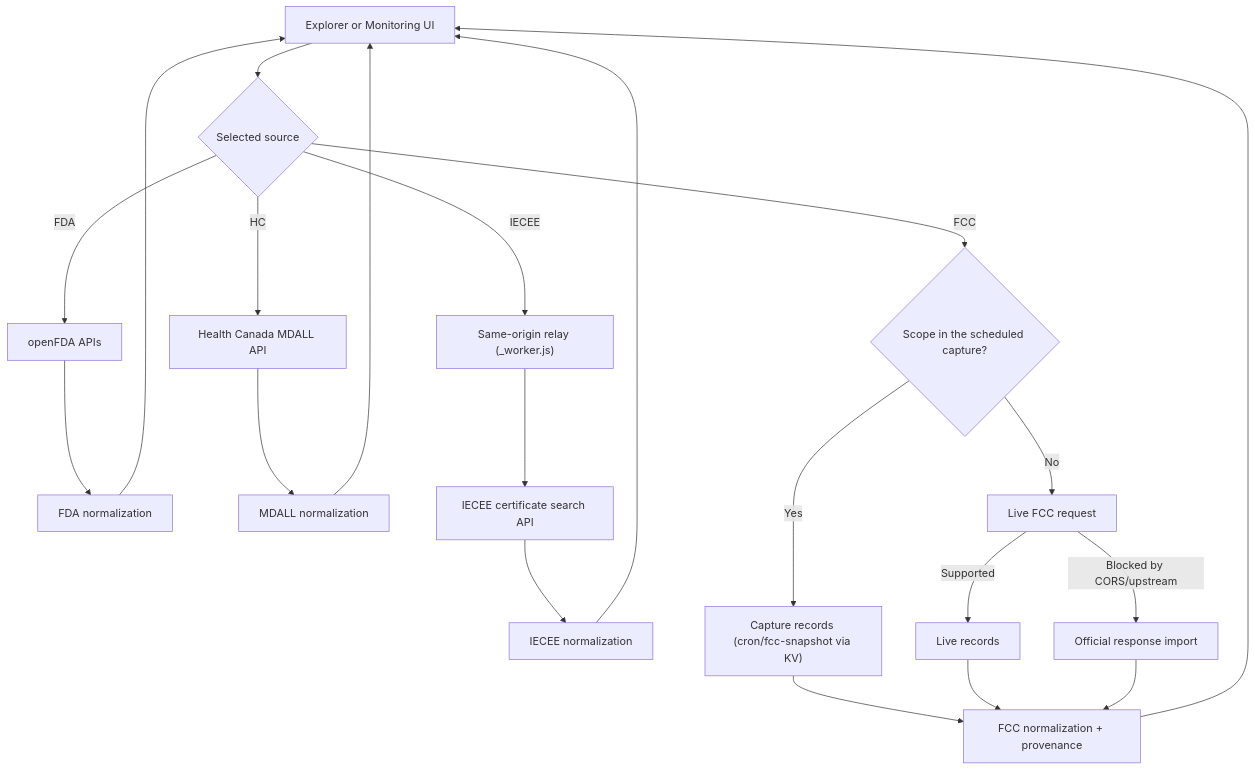
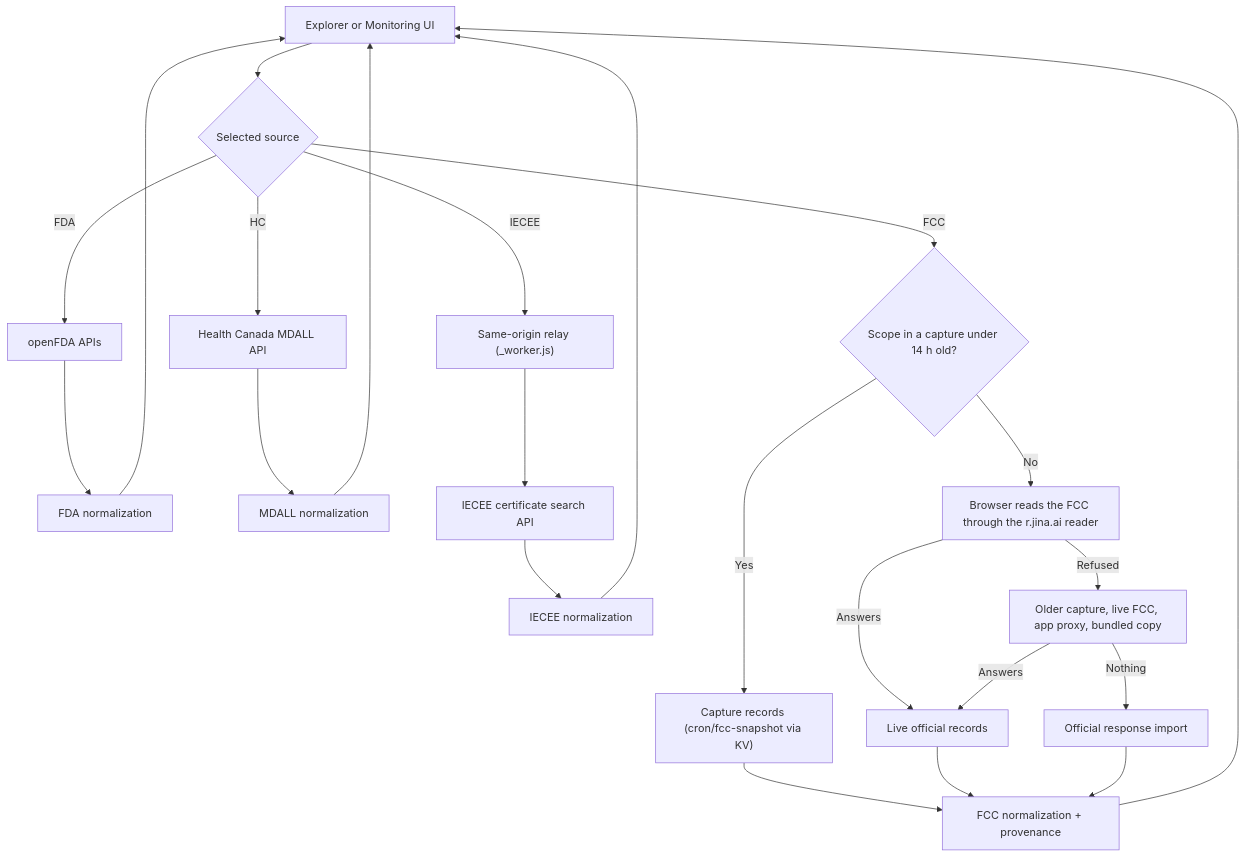
One commit to ahmedbins/fda_device changed the second of 2 diagrams in docs/ARCHITECTURE.md. Above: the diagram before and after it, drawn with Mermaid. The commit also changed other lines of this file and 5 other files, not shown here.

First line of the commit message:
Document the FCC capture fix, the browser reader fallback and recent changes

````diff
--- a/docs/ARCHITECTURE.md
+++ b/docs/ARCHITECTURE.md
@@ -61,23 +61,25 @@
 ```mermaid
 flowchart TD
   UI["Explorer or Monitoring UI"] --> S{"Selected source"}
   S -->|FDA| F["openFDA APIs"]
   F --> FN["FDA normalization"]
   S -->|HC| H["Health Canada MDALL API"]
   H --> HN["MDALL normalization"]
   S -->|IECEE| IR["Same-origin relay (_worker.js)"]
   IR --> IE["IECEE certificate search API"]
   IE --> IN["IECEE normalization"]
-  S -->|FCC| C{"Scope in the scheduled capture?"}
+  S -->|FCC| C{"Scope in a capture under 14 h old?"}
   C -->|Yes| SN["Capture records (cron/fcc-snapshot via KV)"]
-  C -->|No| L["Live FCC request"]
-  L -->|Supported| LN["Live records"]
-  L -->|Blocked by CORS/upstream| IM["Official response import"]
+  C -->|No| RD["Browser reads the FCC through the r.jina.ai reader"]
+  RD -->|Answers| LN["Live official records"]
+  RD -->|Refused| L["Older capture, live FCC, app proxy, bundled copy"]
+  L -->|Answers| LN
+  L -->|Nothing| IM["Official response import"]
   SN --> N["FCC normalization + provenance"]
   LN --> N
   IM --> N
   FN --> UI
   HN --> UI
   IN --> UI
   N --> UI
 ```
````
